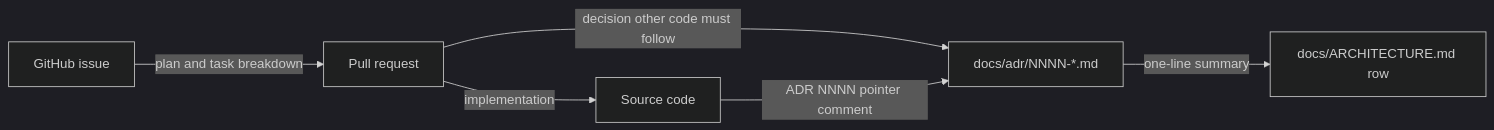
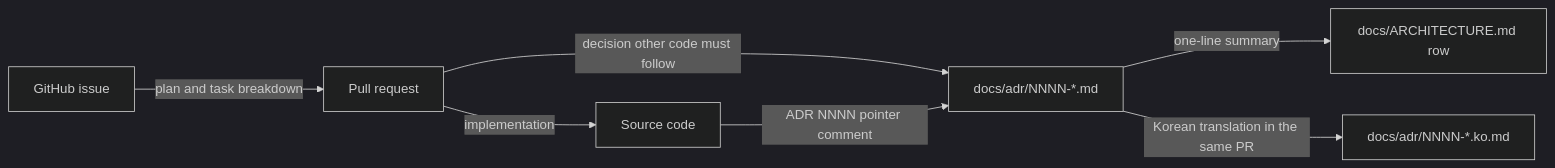
Before and after one commit to lablup/backend.ai-webui: the diagram in docs/adr/0018-adrs-as-the-only-design-record.md, drawn with Mermaid (dark theme). The commit also changed other lines of this file and 32 other files, not shown here.

First line of the commit message:
feat(#10802): keep every ADR as an English file plus a Korean .ko.md companion

````diff
--- a/docs/adr/0018-adrs-as-the-only-design-record.md
+++ b/docs/adr/0018-adrs-as-the-only-design-record.md
@@ -18,13 +19,15 @@
 ```mermaid
 flowchart LR
   issue["GitHub issue"]
   pr["Pull request"]
   adr["docs/adr/NNNN-*.md"]
+  ko["docs/adr/NNNN-*.ko.md"]
   index["docs/ARCHITECTURE.md row"]
   code["Source code"]
   issue -- "plan and task breakdown" --> pr
   pr -- "decision other code must follow" --> adr
   adr -- "one-line summary" --> index
+  adr -- "Korean translation in the same PR" --> ko
   code -- "ADR NNNN pointer comment" --> adr
   pr -- "implementation" --> code
 ```
````
